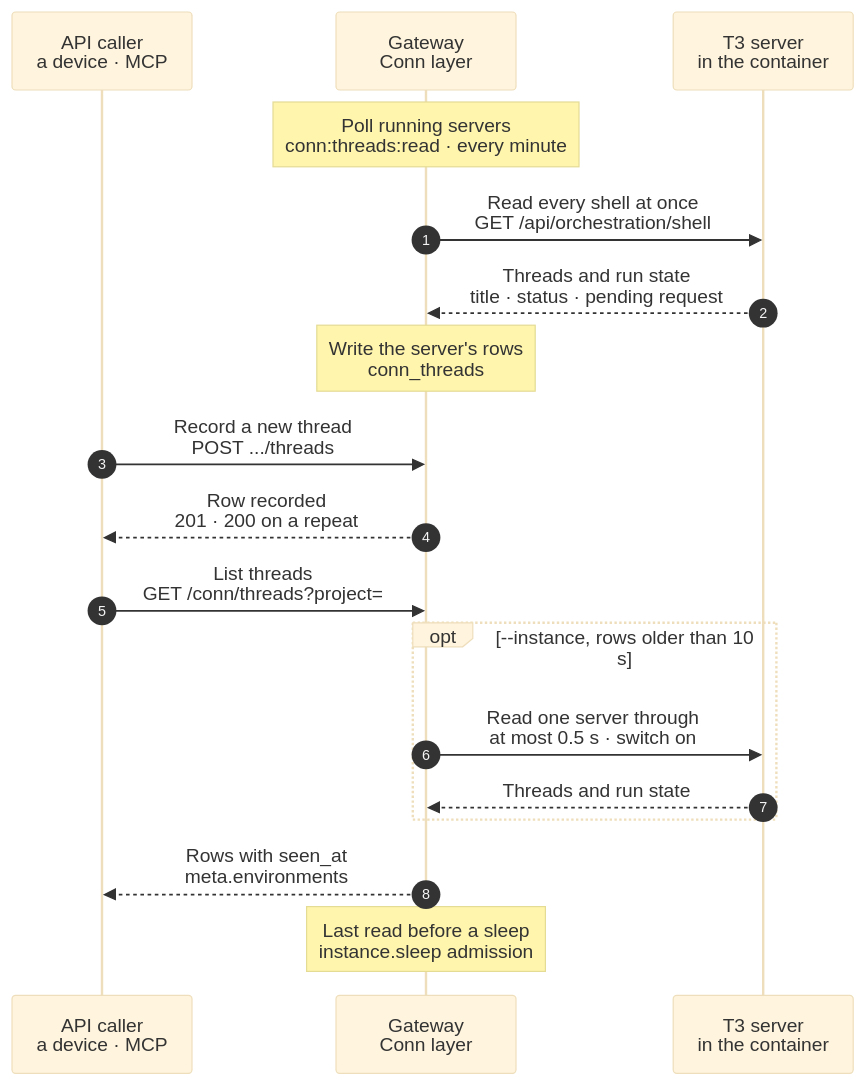
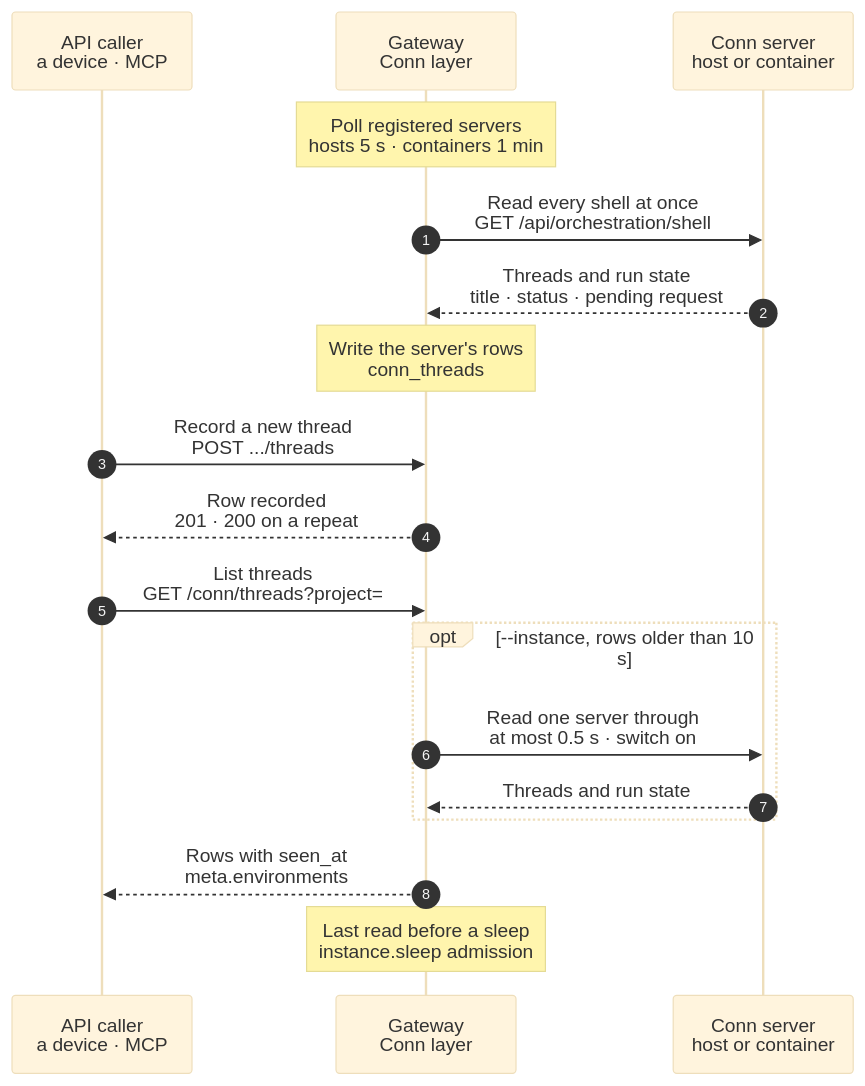
One commit to hardimpactdev/orbit changed the diagram in docs/cli/conn/thread-index.mmd. Above: the diagram before and after it, drawn with Mermaid (base theme). The commit also changed 24 other files, not shown here.

Commit message:
File new Conn General threads from the Gateway

```diff
--- a/docs/cli/conn/thread-index.mmd
+++ b/docs/cli/conn/thread-index.mmd
@@ -1,76 +1,78 @@
 sequenceDiagram
-  %% Conn thread index (Conn plan slices O1 and O2, docs/reference/conn.md#thread-index): the Gateway keeps one row per thread of each container T3 server, so a device finds a Project's threads without connecting to every server, and connects only to the server of the thread it opens. The Gateway only reads, as the idle sleep's read does: no Operation, no Swamp run, no Node work. Host servers have no index.
+  %% Conn thread index (docs/reference/conn.md#thread-index): the Gateway keeps a row per live thread on registered host and container servers. The librarian can file a new top-level General host thread in a separate Gateway job, with no Operation or Swamp run.
   %% status: draft
   %% command: none · minute poll, GET /conn/threads, POST /conn/environments/{environment_id}/threads
   %% kind: conn.thread_index
   autonumber
   %% lane C icon=terminal pill=caller tone=gray
   %% lane GW icon=gateway pill=intent tone=blue
   %% lane T3 icon=server pill=target tone=purple
   participant C as API caller<br/>a device · MCP
   participant GW as Gateway<br/>Conn layer
-  participant T3 as T3 server<br/>in the container
-  Note over GW: Poll running servers<br/>conn:threads:read · every minute
+  participant T3 as Conn server<br/>host or container
+  Note over GW: Poll registered servers<br/>hosts 5 s · containers 1 min
   %%> When:
   %%> - every minute while the operator switch `ORBIT_CONN_THREAD_INDEX_POLL` is on and Conn is enabled; off by default
   %%> - a unique job on the `problems` queue, behind task work; never on `operations`
+  %%> - every 5 seconds for host servers while Conn and the Gateway queue are enabled
   %%> Which servers:
-  %%> - every container T3 server whose Instance runs
+  %%> - registered host servers and every container server whose Instance runs
   %%> Skips, with the reason on the server's record:
   %%> - an asleep or stopped Instance, `conn.environment_asleep`: it is not read and keeps its rows
   %%> - an ended session, `conn.session_expired`: its renewal comes first
   GW->>T3: Read every shell at once<br/>GET /api/orchestration/shell
   %%> How:
   %%> - the admin session the Gateway holds and renews, with `x-t3-orchestration-protocol: 2`
-  %%> - all servers in one pool; each has 3 seconds to connect and 10 in total
+  %%> - each group in one pool; the host read takes at most 2 seconds, the container read takes at most 10 seconds
   %%> On failure:
   %%> - a server that does not answer, refuses or answers nonsense is skipped with `conn.server_unreachable`, `conn.session_rejected`, `conn.request_refused` or `conn.response_invalid`; it keeps its rows and never holds the others
   %%> - a failed write of one server's rows is reported and skipped with `conn.index_write_failed`; the pass goes on
   T3-->>GW: Threads and run state<br/>title · status · pending request
   Note over GW: Write the server's rows<br/>conn_threads
   %%> What it does:
   %%> - one row per listed thread: id, title, status, needs input, last user message, last run end, `seen_at`
   %%> - a thread that left the shell leaves the index, unless a write-through recorded it after the read began
   %%> Not stored:
   %%> - message text; only the title
   C->>GW: Record a new thread<br/>POST .../threads
   %%> When:
-  %%> - the device started a thread on a container server it paired with
+  %%> - the device started a thread on a registered server it paired with
   %%> Requires:
-  %%> - node access to the server's Node; a host server is refused with `conn.thread_index_unsupported`
+  %%> - node access to the server's Node
   %%> Also:
   %%> - a task copy's turn records its T3 thread the same way when its projection commits
   GW-->>C: Row recorded<br/>201 · 200 on a repeat
   %%> Result:
   %%> - in the list at once; state stays null until the next read
   C->>GW: List threads<br/>GET /conn/threads?project=
   %%> Requires:
   %%> - node access, as for the server list: only servers whose Node the caller reaches
   %%> Narrows by:
   %%> - `project` or `instance`, both optional
   %%> Reads:
   %%> - the index only: browsing never reads a server; `meta.environments[].read_at` says how fresh each server's rows are
   opt --instance, rows older than 10 s
     GW->>T3: Read one server through<br/>at most 0.5 s · switch on
     %%> When:
     %%> - only for a list that names one Instance, the server a device opens a thread on
     %%> - only while the switch is on, the server runs and its last read is older than 10 seconds
     %%> On failure:
     %%> - the server keeps its rows and records the reason; the list does not try it again within 10 seconds
     %%> Order:
     %%> - a read that began before the server's last written read is dropped, so it never brings back a removed thread
     %%> - a failed try does not count, and never sets `read_at` back; reads that begin within the same second are not ordered
     %%> Time:
     %%> - a slow server adds up to 0.5 s to this list; lists that read only the index stay under 300 ms
     T3-->>GW: Threads and run state
   end
   GW-->>C: Rows with seen_at<br/>meta.environments
   %%> Returns:
   %%> - the rows, newest user message first, and each covered server with `power_state`, `read_at` and `read_error`
+  %%> - host rows have no `instance_id` and include the librarian's `classification` after a decision
   %%> - an asleep server's rows are its last read, with their `seen_at`
   Note over GW: Last read before a sleep<br/>instance.sleep admission
   %%> When:
   %%> - before every sleep is admitted, from the idle sweep and from `instance:sleep`; the sleep switch does not matter, the index switch does
   %%> - after the sleep's refusals and replay, outside the Instance lock, within 3 seconds; a failed read keeps the rows, is reported and does not stop the sleep
   %%> Result:
   %%> - the asleep Instance keeps these rows until it wakes; destroying it removes them with its server
```
